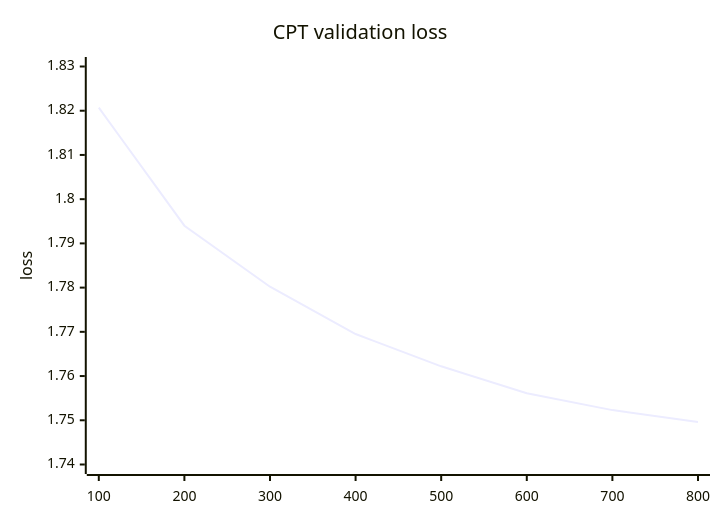
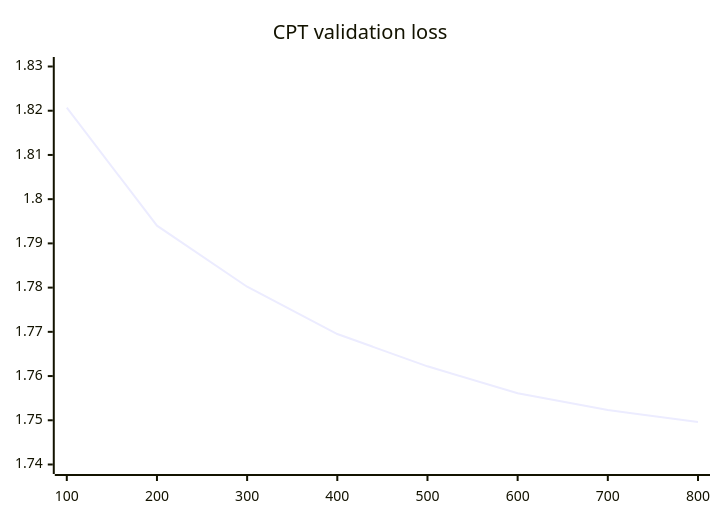
Diagram 11 of 19 in README.md (Otto-Destiny/mufasa), drawn with Mermaid before and after one commit. The commit also changed other lines of this file, not shown here.

First line of the commit message:
docs: fix unreadable diagram node and clipped chart axes

````diff
--- a/README.md
+++ b/README.md
@@ -371,7 +371,7 @@
 ```mermaid
 xychart-beta
     title "CPT validation loss"
-    x-axis ["100", "200", "300", "400", "500", "600", "700", "800"]
-    y-axis "loss" 1.74 --> 1.83
+    x-axis [100, 200, 300, 400, 500, 600, 700, 800]
+    y-axis 1.74 --> 1.83
     line [1.8207, 1.7940, 1.7802, 1.7695, 1.7622, 1.7561, 1.7523, 1.7496]
 ```
````
